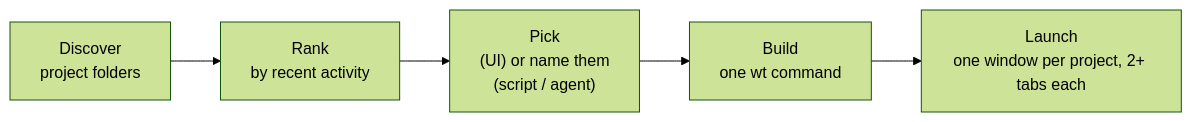
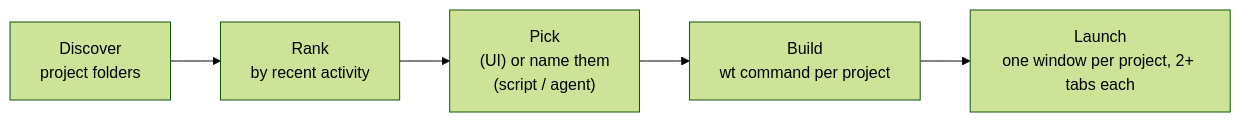
One commit to dstaulcu/workspace-orchestrator changed the fourth of 8 diagrams in README.md. Above: the diagram before and after it, drawn with Mermaid (forest theme). The commit also changed other lines of this file and 8 other files, not shown here.

````diff
--- a/README.md
+++ b/README.md
@@ -56,7 +69,7 @@
 ```mermaid
 flowchart LR
     D["Discover<br/>project folders"] --> R["Rank<br/>by recent activity"]
     R --> P["Pick<br/>(UI) or name them<br/>(script / agent)"]
-    P --> B["Build<br/>one wt command"]
+    P --> B["Build<br/>wt command per project"]
     B --> L["Launch<br/>one window per project, 2+ tabs each"]
 ```
````
